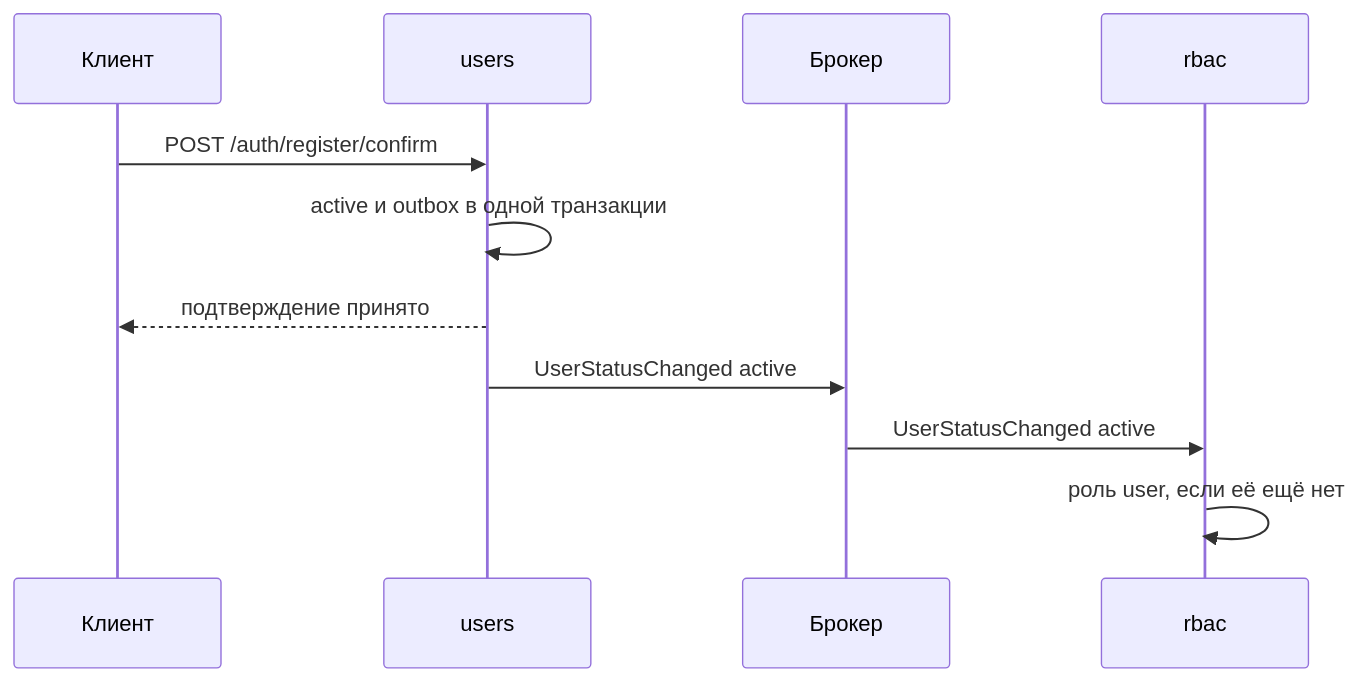
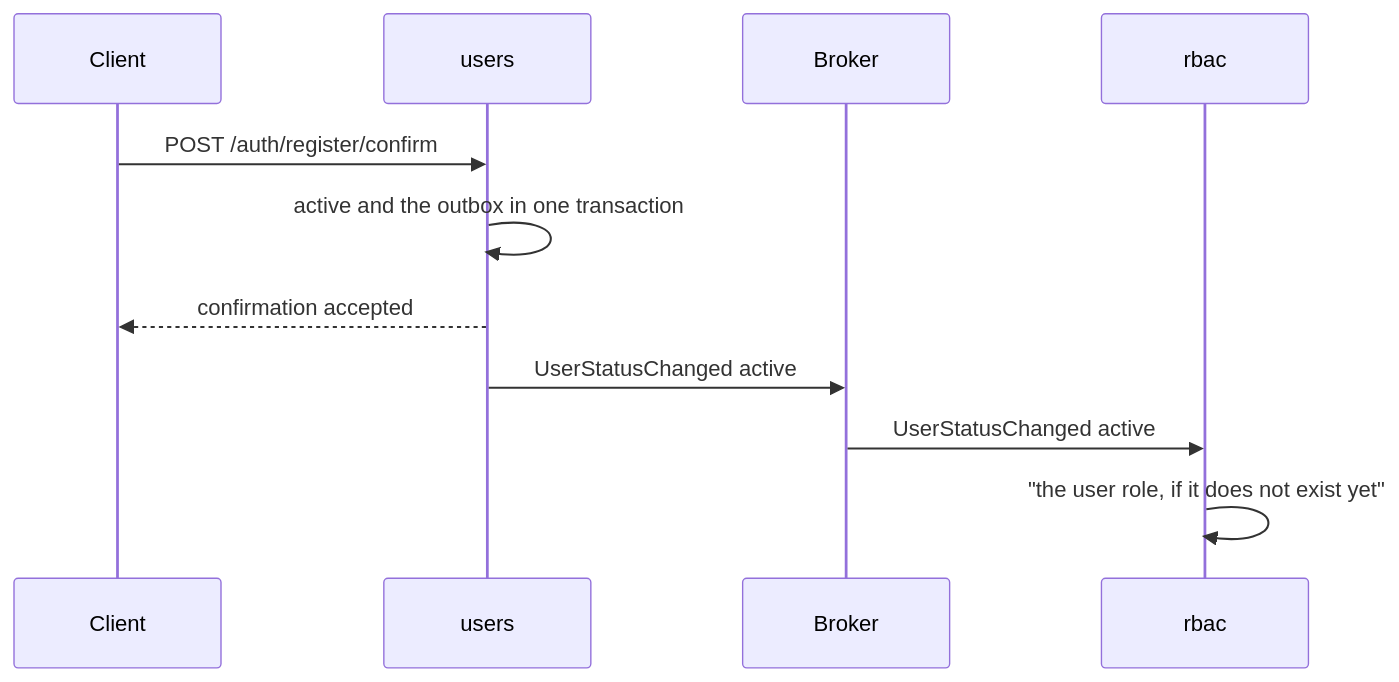
Before and after one commit to pavel-skripko-innowise/inno-fe-be-a1: the second of 4 diagrams in courses-content/backend/B/1/en/0.4 Согласованность данных.md, drawn with Mermaid. The commit also changed other lines of this file and 35 other files, not shown here.

````diff
--- a/courses-content/backend/B/1/en/0.4 Согласованность данных.md
+++ b/courses-content/backend/B/1/en/0.4 Согласованность данных.md
@@ -74,13 +74,13 @@
 ```mermaid
 sequenceDiagram
-  participant C as Клиент
+  participant C as Client
   participant U as users
-  participant B as Брокер
+  participant B as Broker
   participant R as rbac
   C->>U: POST /auth/register/confirm
-  U->>U: active и outbox в одной транзакции
-  U-->>C: подтверждение принято
+  U->>U: active and the outbox in one transaction
+  U-->>C: confirmation accepted
   U->>B: UserStatusChanged active
   B->>R: UserStatusChanged active
-  R->>R: роль user, если её ещё нет
+  R->>R: "the user role, if it does not exist yet"
 ```
````
